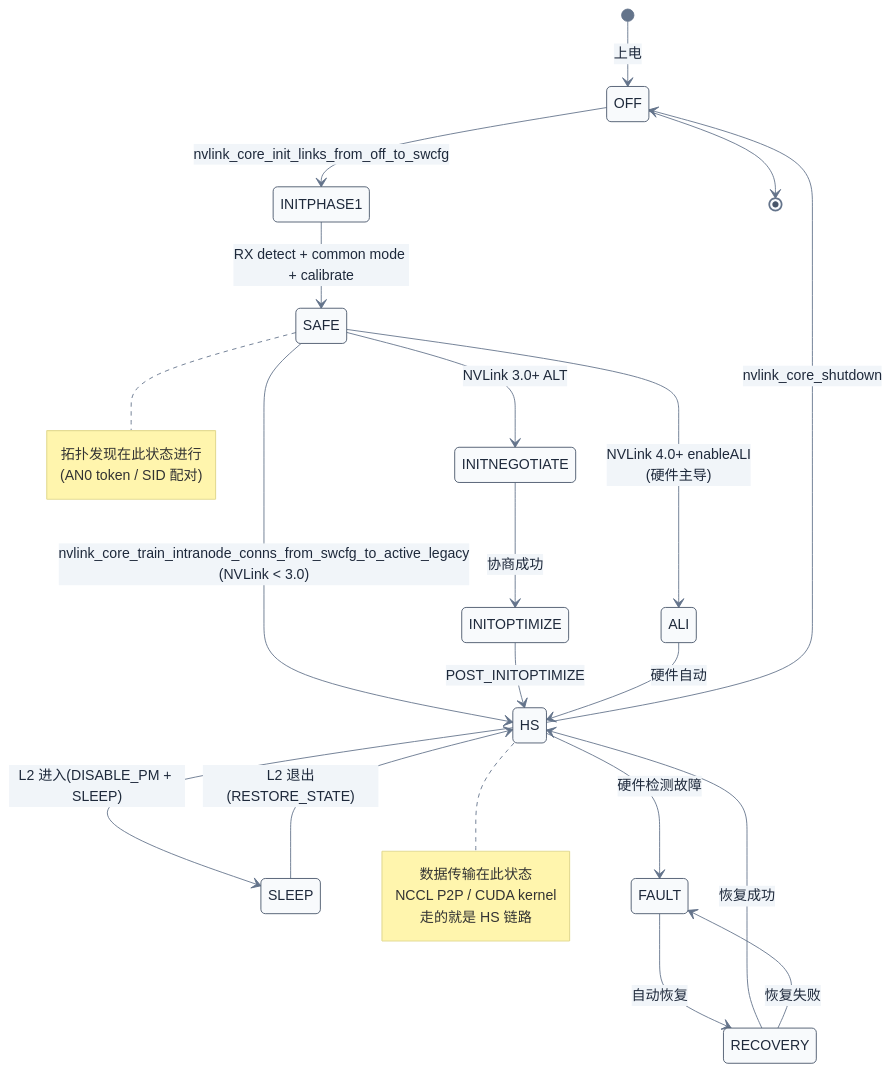
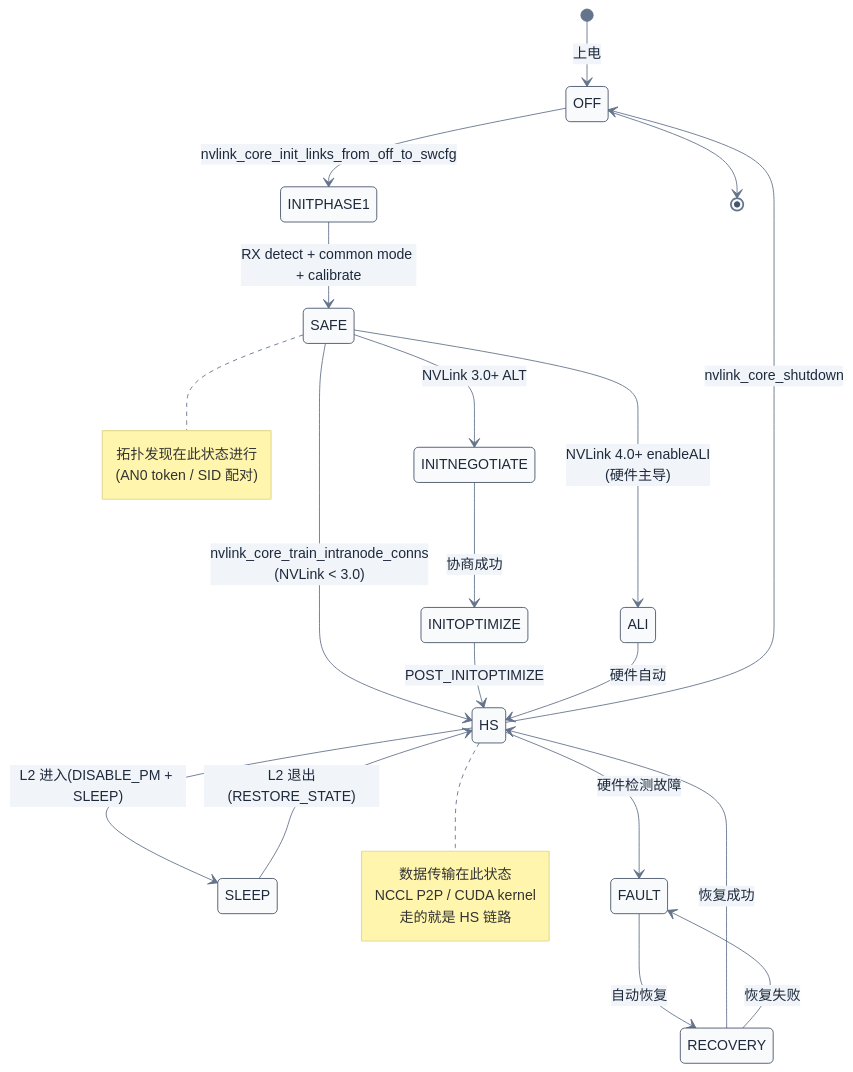
One commit to swjtuer326/cs-learning-notes changed the second of 2 diagrams in nvidia-kmd/09-NVLink-KMD拓扑与训练.md. Above: the diagram before and after it, drawn with Mermaid. The commit also changed other lines of this file and 4 other files, not shown here.

````diff
--- a/nvidia-kmd/09-NVLink-KMD拓扑与训练.md
+++ b/nvidia-kmd/09-NVLink-KMD拓扑与训练.md
@@ -755,39 +709,39 @@
 ```mermaid
 %%{init: {"theme": "base", "themeVariables": {"primaryColor": "#f8fafc", "primaryTextColor": "#1e293b", "primaryBorderColor": "#475569", "lineColor": "#64748b", "secondaryColor": "#f1f5f9", "secondaryBorderColor": "#94a3b8", "tertiaryColor": "#f8fafc", "fontFamily": "\"trebuchet ms\", verdana, arial, sans-serif"}}}%%
 stateDiagram-v2
     [*] --> OFF : 上电
 
     OFF --> INITPHASE1 : nvlink_core_init_links_from_off_to_swcfg
     INITPHASE1 --> SAFE : RX detect + common mode + calibrate
 
-    SAFE --> HS : nvlink_core_train_intranode_conns_from_swcfg_to_active_legacy<br/>(NVLink < 3.0)
+    SAFE --> HS : nvlink_core_train_intranode_conns<br/>(NVLink < 3.0)
 
     SAFE --> INITNEGOTIATE : NVLink 3.0+ ALT
     INITNEGOTIATE --> INITOPTIMIZE : 协商成功
     INITOPTIMIZE --> HS : POST_INITOPTIMIZE
 
     SAFE --> ALI : NVLink 4.0+ enableALI<br/>(硬件主导)
     ALI --> HS : 硬件自动
 
     HS --> SLEEP : L2 进入(DISABLE_PM + SLEEP)
     SLEEP --> HS : L2 退出(RESTORE_STATE)
 
     HS --> FAULT : 硬件检测故障
     FAULT --> RECOVERY : 自动恢复
     RECOVERY --> HS : 恢复成功
     RECOVERY --> FAULT : 恢复失败
 
     HS --> OFF : nvlink_core_shutdown
     OFF --> [*]
 
     note right of SAFE
         拓扑发现在此状态进行
         (AN0 token / SID 配对)
     end note
 
     note right of HS
         数据传输在此状态
         NCCL P2P / CUDA kernel
         走的就是 HS 链路
     end note
 ```
````
